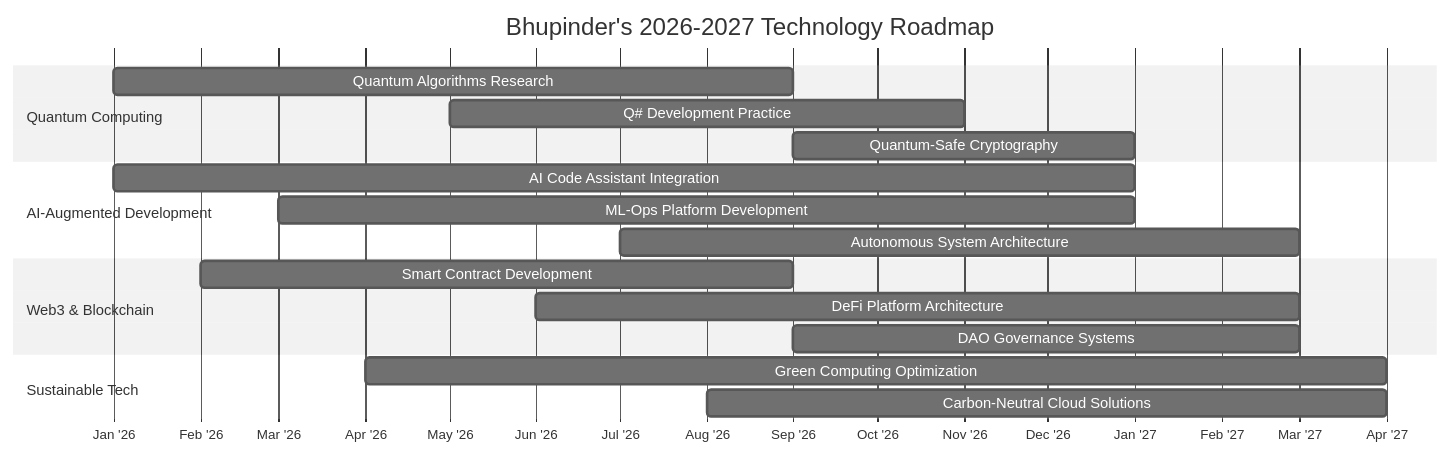
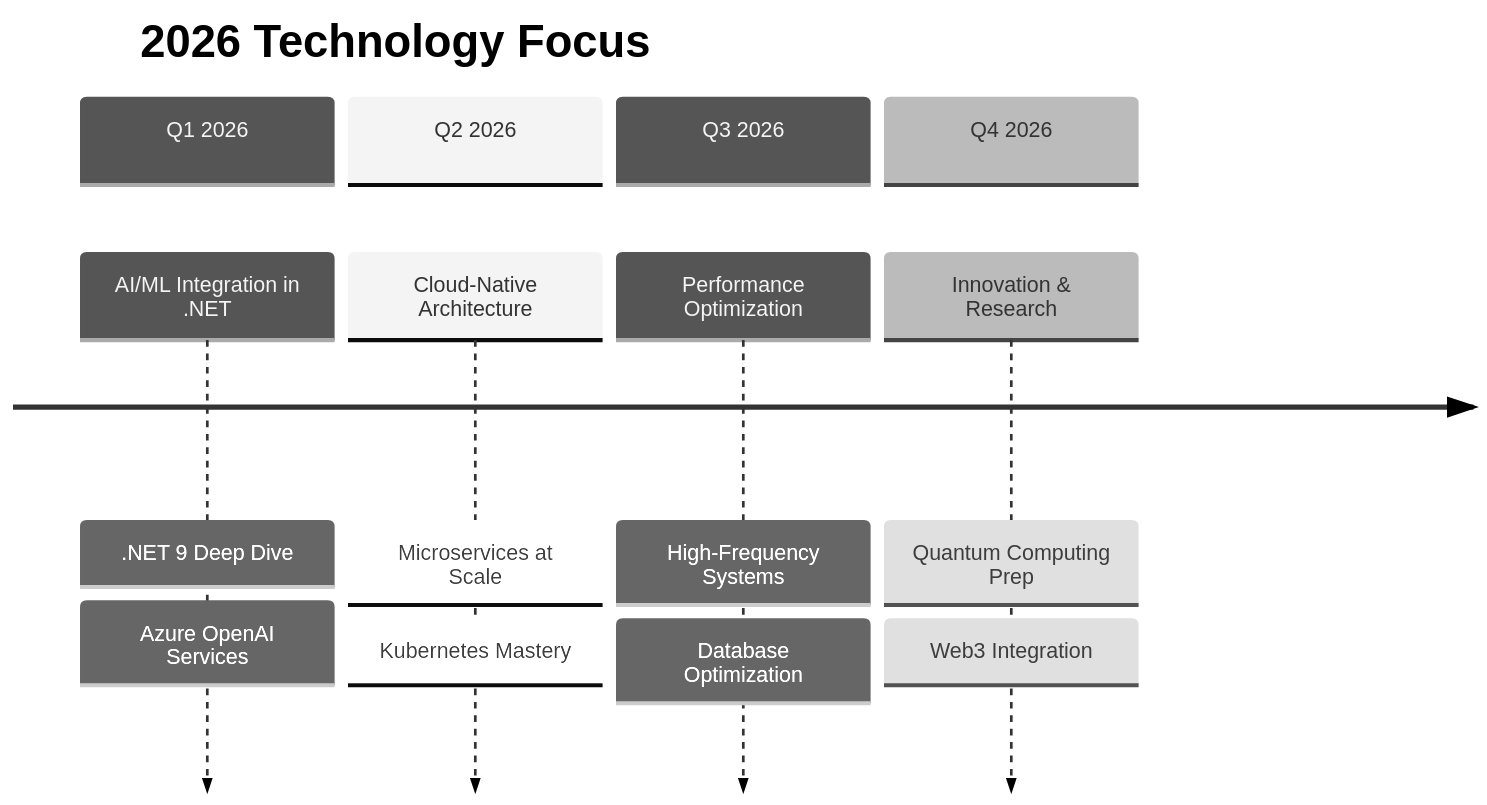
Before and after one commit to BhupinderSehjal/BhupinderSehjal: the diagram in README.md, drawn with Mermaid (neutral theme). The commit also changed other lines of this file, not shown here.

````diff
--- a/README.md
+++ b/README.md
@@ -235,25 +229,20 @@
 ```mermaid
-gantt
-    title Bhupinder's 2026-2027 Technology Roadmap
-    dateFormat  YYYY-MM
-    axisFormat %b '%y
-    
-    section Quantum Computing
-    Quantum Algorithms Research    :2026-01, 8M
-    Q# Development Practice        :2026-05, 6M
-    Quantum-Safe Cryptography      :2026-09, 4M
-    
-    section AI-Augmented Development
-    AI Code Assistant Integration  :2026-01, 12M
-    ML-Ops Platform Development    :2026-03, 10M
-    Autonomous System Architecture :2026-07, 8M
-    
-    section Web3 & Blockchain
-    Smart Contract Development     :2026-02, 7M
-    DeFi Platform Architecture     :2026-06, 9M
-    DAO Governance Systems         :2026-09, 6M
-    
-    section Sustainable Tech
-    Green Computing Optimization   :2026-04, 12M
-    Carbon-Neutral Cloud Solutions :2026-08, 8M
+timeline
+    title 2026 Technology Focus
+    section Q1 2026
+      AI/ML Integration in .NET
+      : .NET 9 Deep Dive
+      : Azure OpenAI Services
+    section Q2 2026
+      Cloud-Native Architecture
+      : Microservices at Scale
+      : Kubernetes Mastery
+    section Q3 2026
+      Performance Optimization
+      : High-Frequency Systems
+      : Database Optimization
+    section Q4 2026
+      Innovation & Research
+      : Quantum Computing Prep
+      : Web3 Integration
 ```
````
